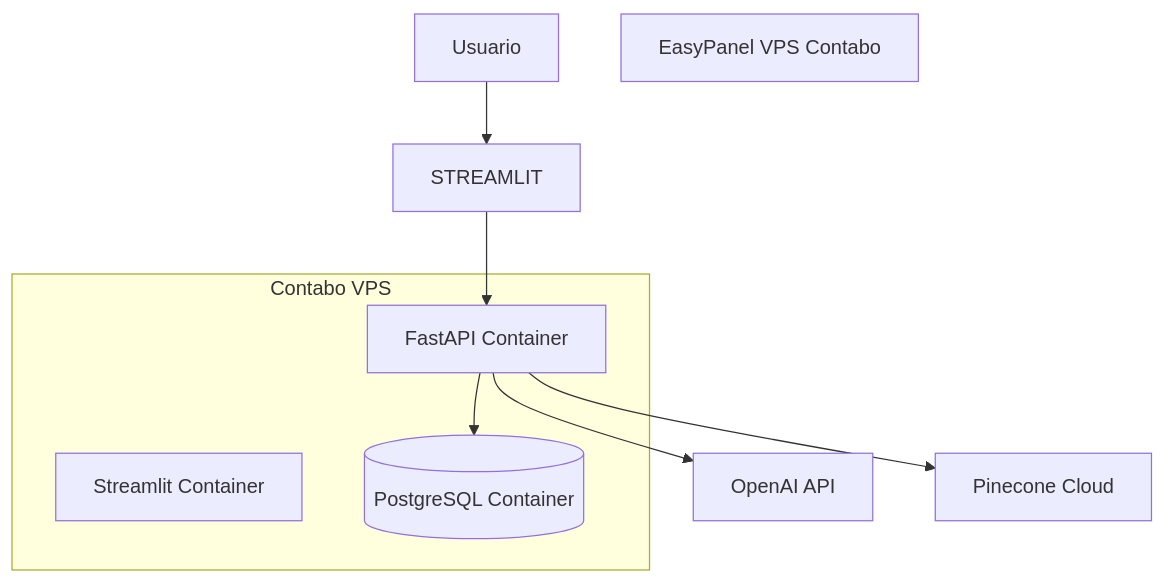
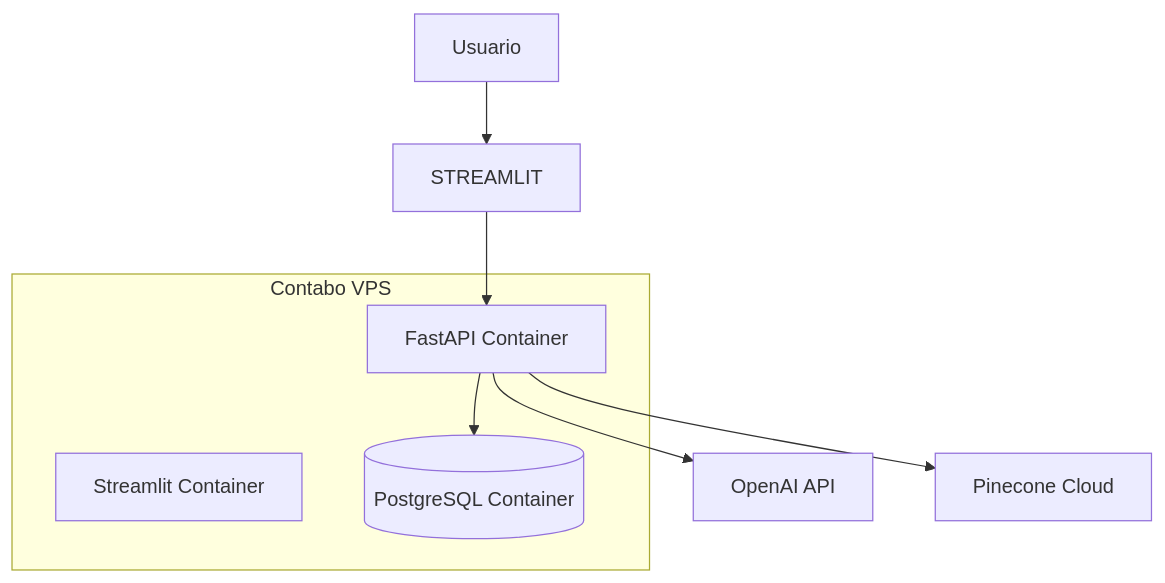
Before and after one commit to davidrodriguez2712/proyecto-2-cv-recomendador: the seventh of 7 diagrams in README.md, drawn with Mermaid.

Commit message:
2da modificacion del README

````diff
--- a/README.md
+++ b/README.md
@@ -328,24 +328,23 @@
 ```mermaid
 flowchart TD
 
     USUARIO[Usuario]
-    EASYPANEL[EasyPanel VPS Contabo]
     FASTAPI[FastAPI Container]
     FRONTEND[Streamlit Container]
     POSTGRESSQL[(PostgreSQL Container)]
     OPENAI[OpenAI API]
     PINECONE[Pinecone Cloud]
 
     USUARIO --> STREAMLIT
     STREAMLIT --> FASTAPI
     FASTAPI --> POSTGRESSQL
     FASTAPI --> OPENAI
     FASTAPI --> PINECONE
 
     subgraph Contabo VPS
         FASTAPI
         FRONTEND
         POSTGRESSQL
     end
 
 ```
````
